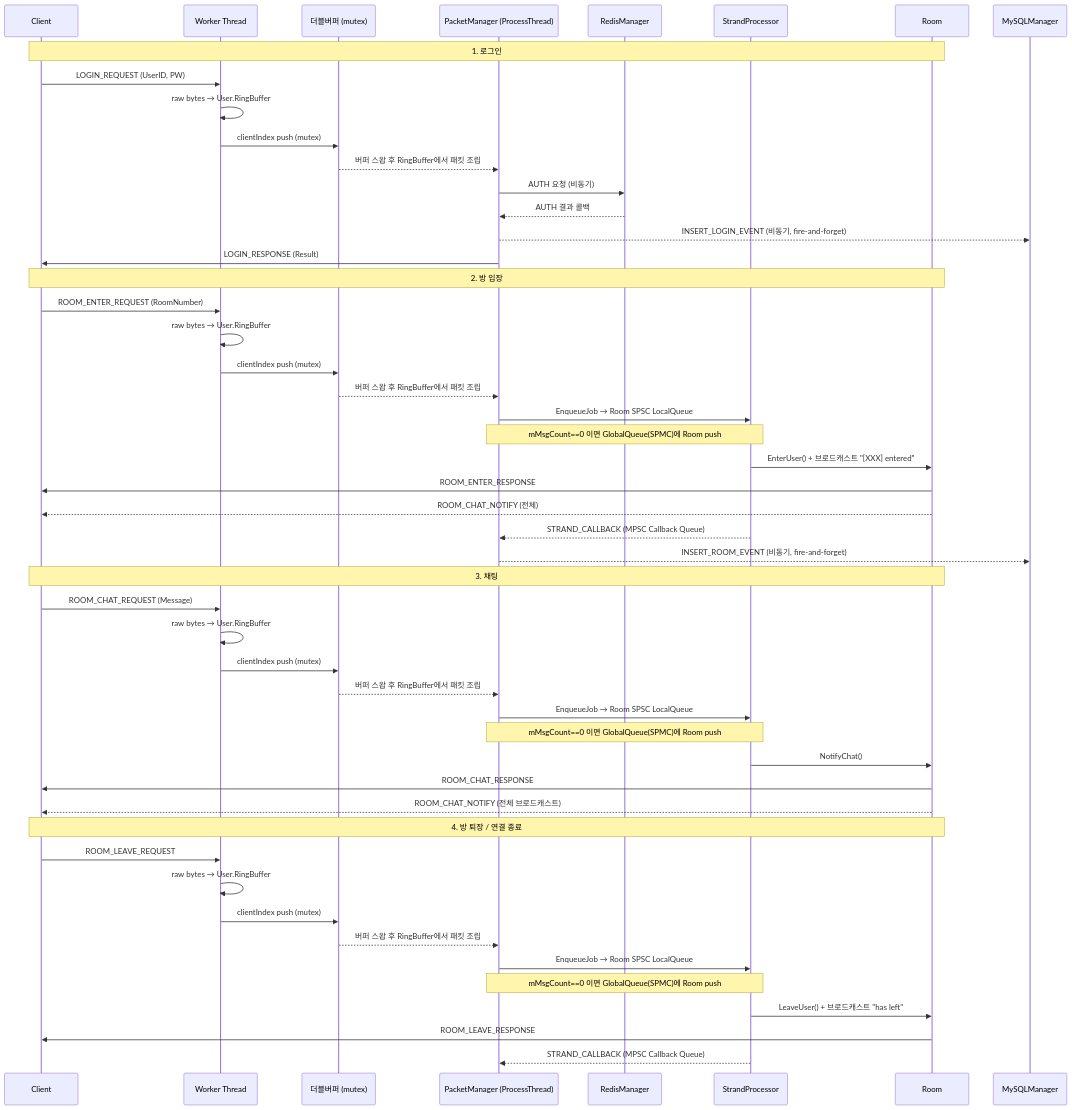
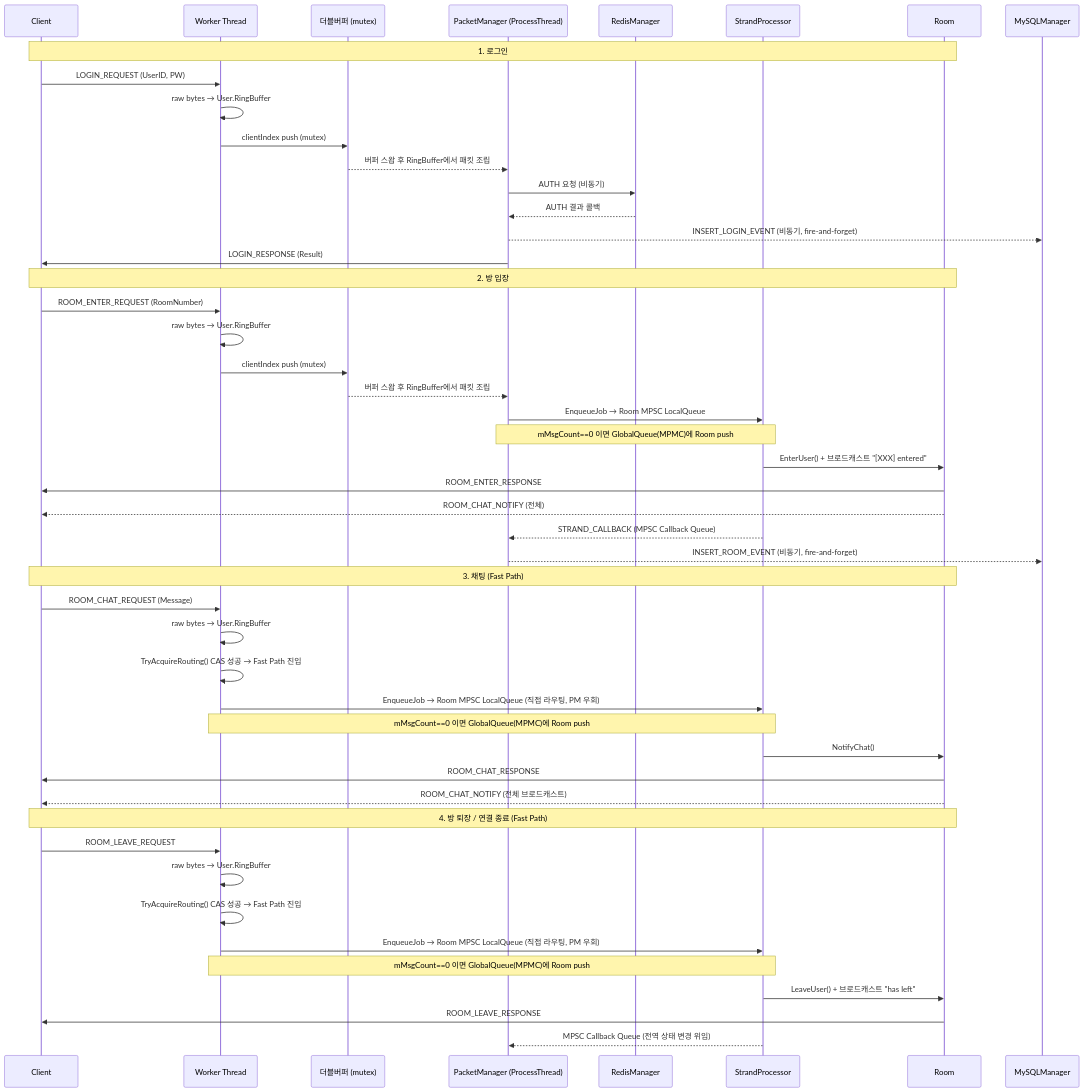
Before and after one commit to kanghyoungwoo/IOCP: the third of 3 diagrams in Docs/구현 상세.md, drawn with Mermaid. The commit also changed other lines of this file and 3 other files, not shown here.

````diff
--- a/Docs/구현 상세.md
+++ b/Docs/구현 상세.md
@@ -274,56 +270,54 @@
 ```mermaid
 sequenceDiagram
     participant C as Client
     participant W as Worker Thread
     participant DB as 더블버퍼 (mutex)
     participant PM as PacketManager (ProcessThread)
     participant Redis as RedisManager
     participant SP as StrandProcessor
     participant R as Room
     participant MySQL as MySQLManager
 
     Note over C,R: 1. 로그인
     C->>W: LOGIN_REQUEST (UserID, PW)
     W->>W: raw bytes → User.RingBuffer
     W->>DB: clientIndex push (mutex)
     DB-->>PM: 버퍼 스왑 후 RingBuffer에서 패킷 조립
     PM->>Redis: AUTH 요청 (비동기)
     Redis-->>PM: AUTH 결과 콜백
     PM-->>MySQL: INSERT_LOGIN_EVENT (비동기, fire-and-forget)
     PM->>C: LOGIN_RESPONSE (Result)
 
     Note over C,R: 2. 방 입장
     C->>W: ROOM_ENTER_REQUEST (RoomNumber)
     W->>W: raw bytes → User.RingBuffer
     W->>DB: clientIndex push (mutex)
     DB-->>PM: 버퍼 스왑 후 RingBuffer에서 패킷 조립
-    PM->>SP: EnqueueJob → Room SPSC LocalQueue
-    Note over PM,SP: mMsgCount==0 이면 GlobalQueue(SPMC)에 Room push
+    PM->>SP: EnqueueJob → Room MPSC LocalQueue
+    Note over PM,SP: mMsgCount==0 이면 GlobalQueue(MPMC)에 Room push
     SP->>R: EnterUser() + 브로드캐스트 "[XXX] entered"
     R->>C: ROOM_ENTER_RESPONSE
     R-->>C: ROOM_CHAT_NOTIFY (전체)
     SP-->>PM: STRAND_CALLBACK (MPSC Callback Queue)
     PM-->>MySQL: INSERT_ROOM_EVENT (비동기, fire-and-forget)
 
-    Note over C,R: 3. 채팅
+    Note over C,R: 3. 채팅 (Fast Path)
     C->>W: ROOM_CHAT_REQUEST (Message)
     W->>W: raw bytes → User.RingBuffer
-    W->>DB: clientIndex push (mutex)
-    DB-->>PM: 버퍼 스왑 후 RingBuffer에서 패킷 조립
-    PM->>SP: EnqueueJob → Room SPSC LocalQueue
-    Note over PM,SP: mMsgCount==0 이면 GlobalQueue(SPMC)에 Room push
+    W->>W: TryAcquireRouting() CAS 성공 → Fast Path 진입
+    W->>SP: EnqueueJob → Room MPSC LocalQueue (직접 라우팅, PM 우회)
+    Note over W,SP: mMsgCount==0 이면 GlobalQueue(MPMC)에 Room push
     SP->>R: NotifyChat()
     R->>C: ROOM_CHAT_RESPONSE
     R-->>C: ROOM_CHAT_NOTIFY (전체 브로드캐스트)
 
-    Note over C,R: 4. 방 퇴장 / 연결 종료
+    Note over C,R: 4. 방 퇴장 / 연결 종료 (Fast Path)
     C->>W: ROOM_LEAVE_REQUEST
     W->>W: raw bytes → User.RingBuffer
-    W->>DB: clientIndex push (mutex)
-    DB-->>PM: 버퍼 스왑 후 RingBuffer에서 패킷 조립
-    PM->>SP: EnqueueJob → Room SPSC LocalQueue
-    Note over PM,SP: mMsgCount==0 이면 GlobalQueue(SPMC)에 Room push
+    W->>W: TryAcquireRouting() CAS 성공 → Fast Path 진입
+    W->>SP: EnqueueJob → Room MPSC LocalQueue (직접 라우팅, PM 우회)
+    Note over W,SP: mMsgCount==0 이면 GlobalQueue(MPMC)에 Room push
     SP->>R: LeaveUser() + 브로드캐스트 "has left"
     R->>C: ROOM_LEAVE_RESPONSE
-    SP-->>PM: STRAND_CALLBACK (MPSC Callback Queue)
+    SP-->>PM: MPSC Callback Queue (전역 상태 변경 위임)
 ```
````
